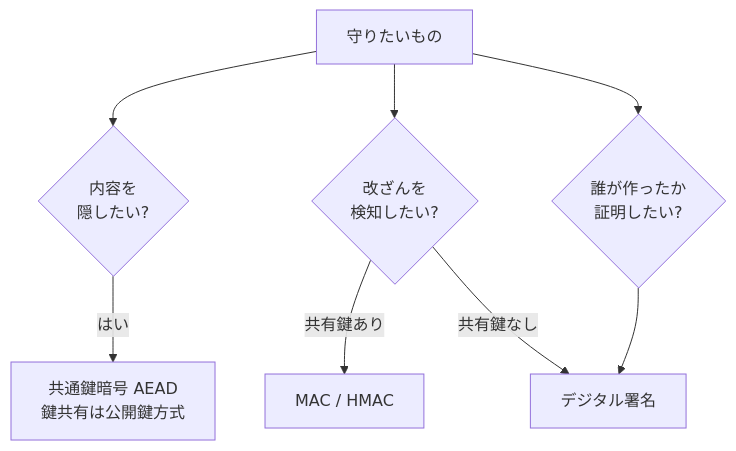
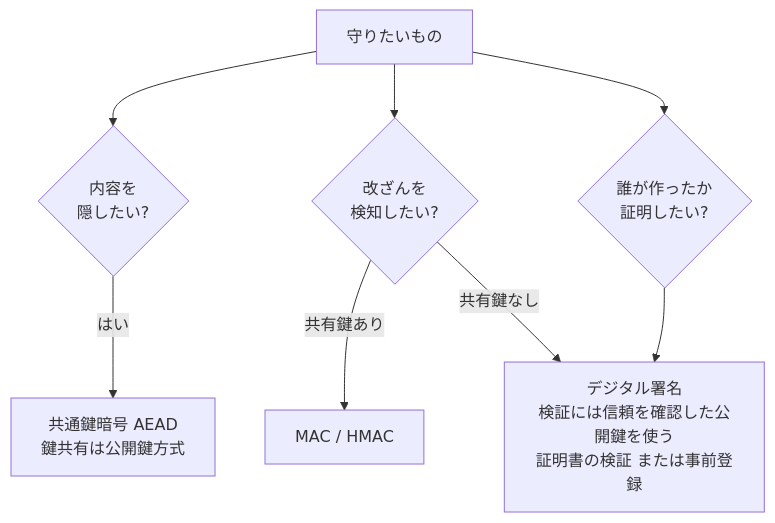
The second of 14 diagrams in Applied-cryptography-guide.md (myoshi2891/Security_Studies), drawn with Mermaid before and after one commit.

Commit message:
docs(crypto): clarify public key trust verification for digital signatures in flowchart

````diff
--- a/Applied-cryptography-guide.md
+++ b/Applied-cryptography-guide.md
@@ -110,10 +110,10 @@
 ```mermaid
 flowchart TD
     Goal["守りたいもの"] --> Q1{"内容を<br/>隠したい?"}
     Goal --> Q2{"改ざんを<br/>検知したい?"}
     Goal --> Q3{"誰が作ったか<br/>証明したい?"}
     Q1 -->|はい| S["共通鍵暗号 AEAD<br/>鍵共有は公開鍵方式"]
     Q2 -->|共有鍵あり| M["MAC / HMAC"]
-    Q2 -->|共有鍵なし| H["デジタル署名"]
+    Q2 -->|共有鍵なし| H["デジタル署名<br/>検証には信頼を確認した公開鍵を使う<br/>証明書の検証 または事前登録"]
     Q3 --> H
 ```
````
